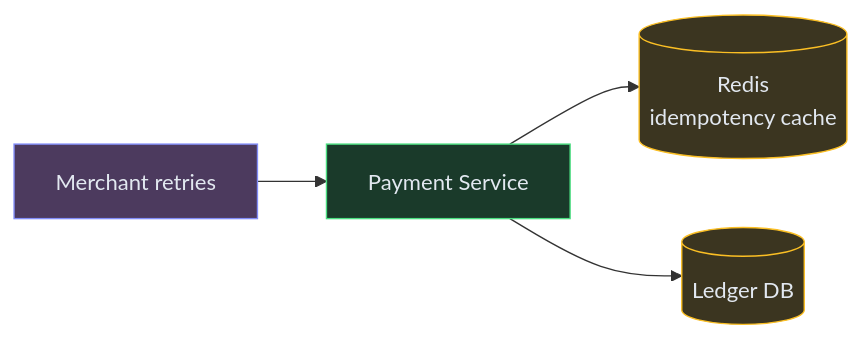
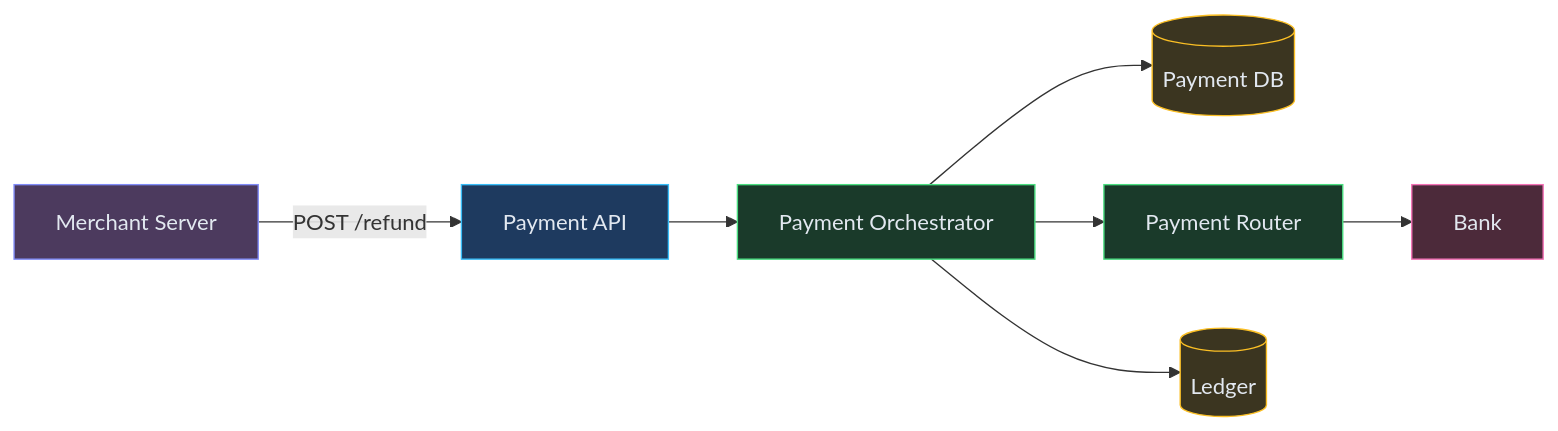
The third of 6 diagrams in content/hld/PaymentSystem.md (iluzn/HLD-Designs), drawn with Mermaid before and after one commit. The commit also changed other lines of this file and 26 other files, not shown here.

````diff
--- a/content/hld/PaymentSystem.md
+++ b/content/hld/PaymentSystem.md
@@ -123,15 +209,23 @@
 ```mermaid
 flowchart LR
-    MERCHANT["Merchant retries"]:::client
-    API["Payment Service"]:::service
-    DB[("Ledger DB")]:::data
-    CACHE[("Redis<br/>idempotency cache")]:::data
+    MERCHANT["Merchant Server"]:::client
+    API["Payment API"]:::edge
+    ORCH["Payment Orchestrator"]:::service
+    DB[("Payment DB")]:::data
+    ROUTER["Payment Router"]:::service
+    BANK["Bank"]:::external
+    LEDGER[("Ledger")]:::data
 
-    MERCHANT --> API
-    API --> CACHE
-    API --> DB
+    MERCHANT -->|"POST /refund"| API
+    API --> ORCH
+    ORCH --> DB
+    ORCH --> ROUTER
+    ROUTER --> BANK
+    ORCH --> LEDGER
 
     classDef client fill:#4c3a5e,stroke:#818cf8,color:#e2e8f0
+    classDef edge fill:#1e3a5f,stroke:#38bdf8,color:#e2e8f0
     classDef service fill:#1a3a2a,stroke:#4ade80,color:#e2e8f0
     classDef data fill:#3b3520,stroke:#fbbf24,color:#e2e8f0
+    classDef external fill:#4c2a3a,stroke:#f472b6,color:#e2e8f0
 ```
````
